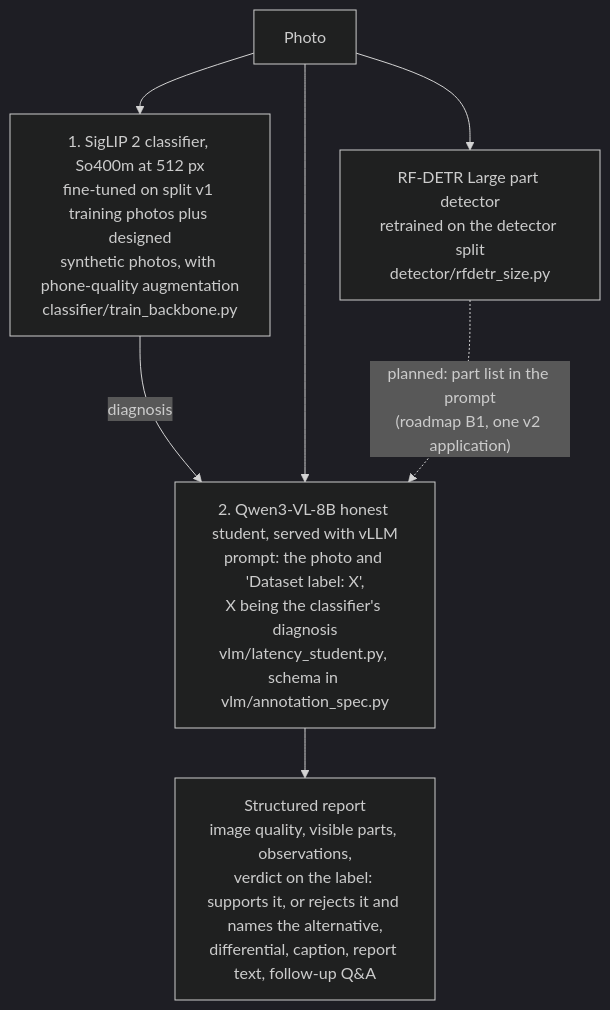
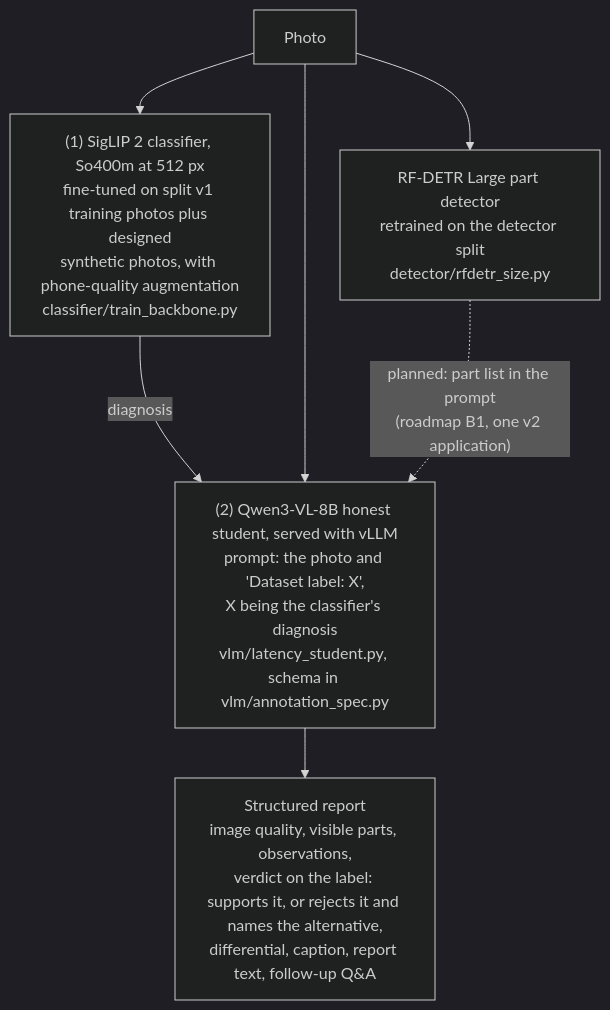
Before and after one commit to greatroboticslab/AGAI: the first of 2 diagrams in v2/README.md, drawn with Mermaid (dark theme). The commit also changed 1 other file, not shown here.

Commit message:
Diagram labels: (1), (2) instead of '1.', which Mermaid can read as a Markdown list

````diff
--- a/v2/README.md
+++ b/v2/README.md
@@ -26,14 +26,14 @@
 ```mermaid
 flowchart TB
     P["Photo"]
-    C["1. SigLIP 2 classifier, So400m at 512 px<br/>fine-tuned on split v1 training photos plus designed<br/>synthetic photos, with phone-quality augmentation<br/>classifier/train_backbone.py"]
-    S["2. Qwen3-VL-8B honest student, served with vLLM<br/>prompt: the photo and 'Dataset label: X',<br/>X being the classifier's diagnosis<br/>vlm/latency_student.py, schema in vlm/annotation_spec.py"]
+    C["(1) SigLIP 2 classifier, So400m at 512 px<br/>fine-tuned on split v1 training photos plus designed<br/>synthetic photos, with phone-quality augmentation<br/>classifier/train_backbone.py"]
+    S["(2) Qwen3-VL-8B honest student, served with vLLM<br/>prompt: the photo and 'Dataset label: X',<br/>X being the classifier's diagnosis<br/>vlm/latency_student.py, schema in vlm/annotation_spec.py"]
     O["Structured report<br/>image quality, visible parts, observations,<br/>verdict on the label: supports it, or rejects it and names the alternative,<br/>differential, caption, report text, follow-up Q&A"]
     D["RF-DETR Large part detector<br/>retrained on the detector split<br/>detector/rfdetr_size.py"]
     P --> C
     C -->|"diagnosis"| S
     P --> S
     S --> O
     P --> D
     D -.->|"planned: part list in the prompt<br/>(roadmap B1, one v2 application)"| S
 ```
````
